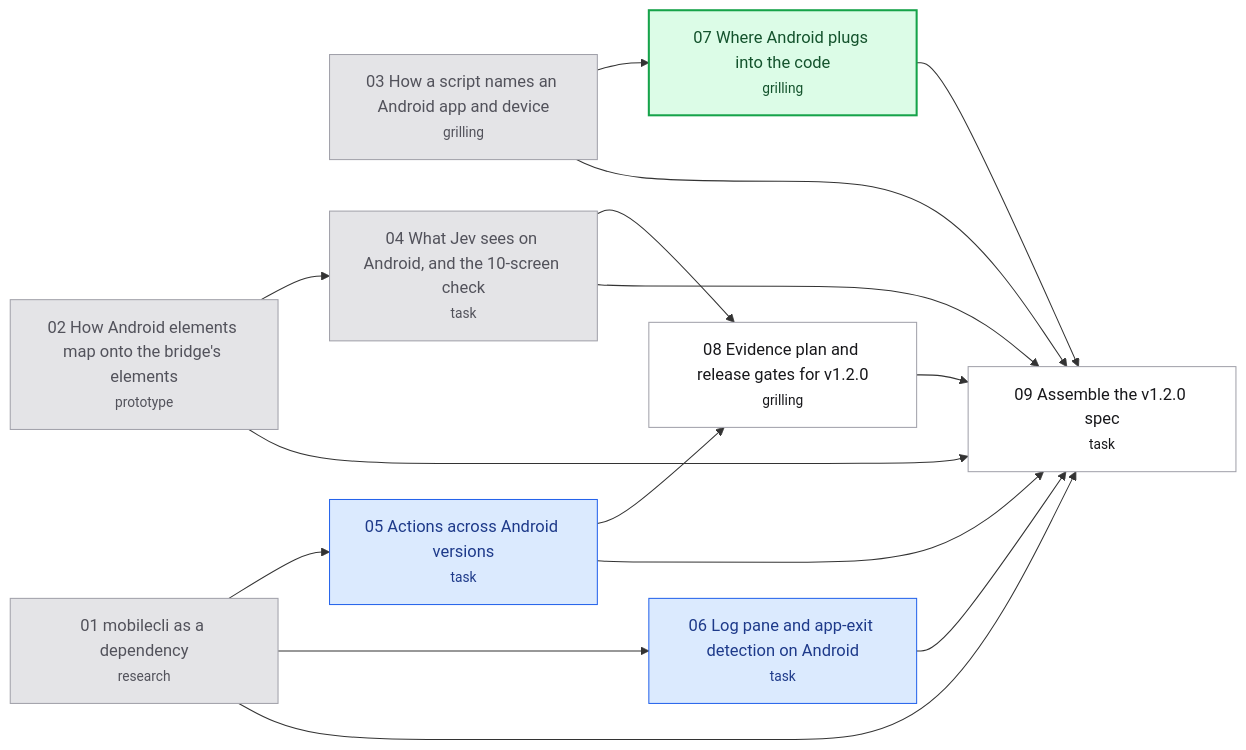
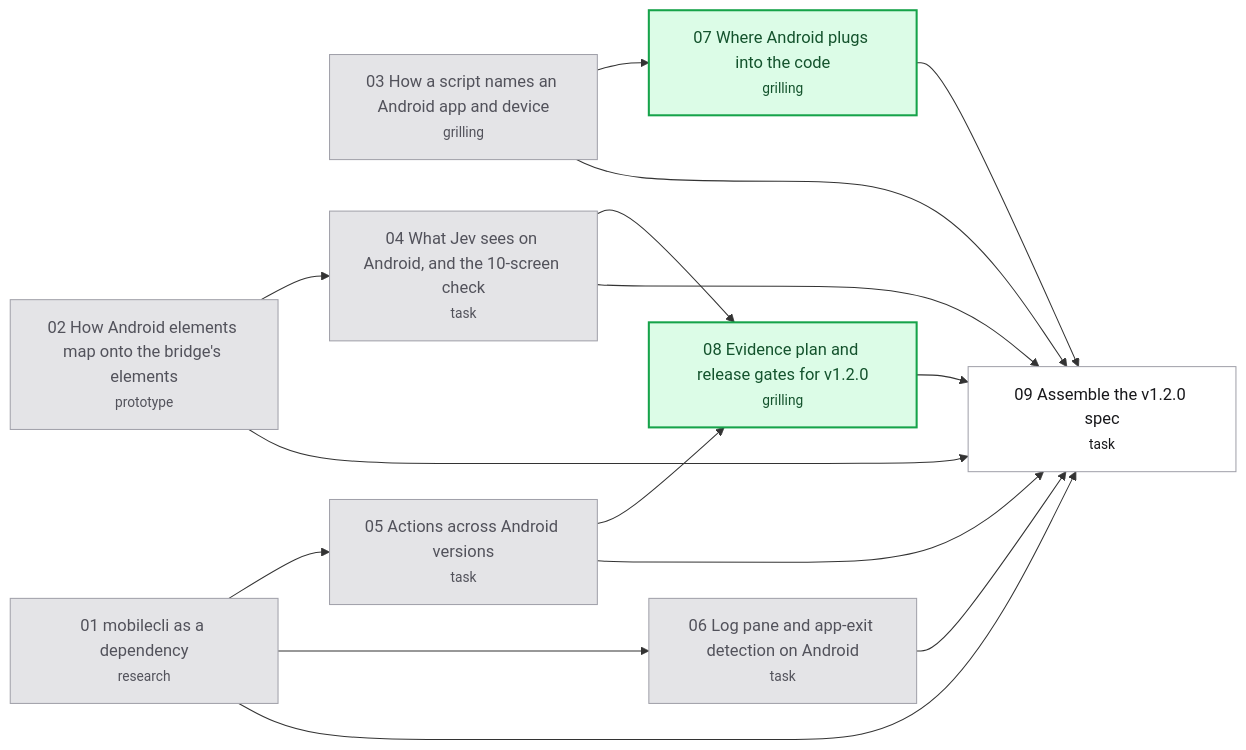
The diagram in .scratch/android-support/map.md (hugues-vnsgn/jev-ios-bridge), drawn with Mermaid before and after one commit. The commit also changed other lines of this file and 135 other files, not shown here.

````diff
--- a/.scratch/android-support/map.md
+++ b/.scratch/android-support/map.md
@@ -44,34 +47,33 @@
 ```mermaid
 flowchart LR
     T01["01 mobilecli as a dependency<br/><small>research</small>"]
     T02["02 How Android elements map onto the bridge's elements<br/><small>prototype</small>"]
     T03["03 How a script names an Android app and device<br/><small>grilling</small>"]
     T04["04 What Jev sees on Android, and the 10-screen check<br/><small>task</small>"]
     T05["05 Actions across Android versions<br/><small>task</small>"]
     T06["06 Log pane and app-exit detection on Android<br/><small>task</small>"]
     T07["07 Where Android plugs into the code<br/><small>grilling</small>"]
     T08["08 Evidence plan and release gates for v1.2.0<br/><small>grilling</small>"]
     T09["09 Assemble the v1.2.0 spec<br/><small>task</small>"]
     T02 --> T04
     T01 --> T05
     T01 --> T06
     T03 --> T07
     T04 --> T08
     T05 --> T08
     T01 --> T09
     T02 --> T09
     T03 --> T09
     T04 --> T09
     T05 --> T09
     T06 --> T09
     T07 --> T09
     T08 --> T09
     classDef resolved fill:#e4e4e7,stroke:#a1a1aa,color:#52525b
     classDef claimed fill:#dbeafe,stroke:#2563eb,color:#1e3a8a
     classDef frontier fill:#dcfce7,stroke:#16a34a,color:#14532d,stroke-width:2px
     classDef blocked fill:#ffffff,stroke:#a1a1aa,color:#18181b
-    class T01,T02,T03,T04 resolved
-    class T05,T06 claimed
-    class T07 frontier
-    class T08,T09 blocked
+    class T01,T02,T03,T04,T05,T06 resolved
+    class T07,T08 frontier
+    class T09 blocked
 ```
````
